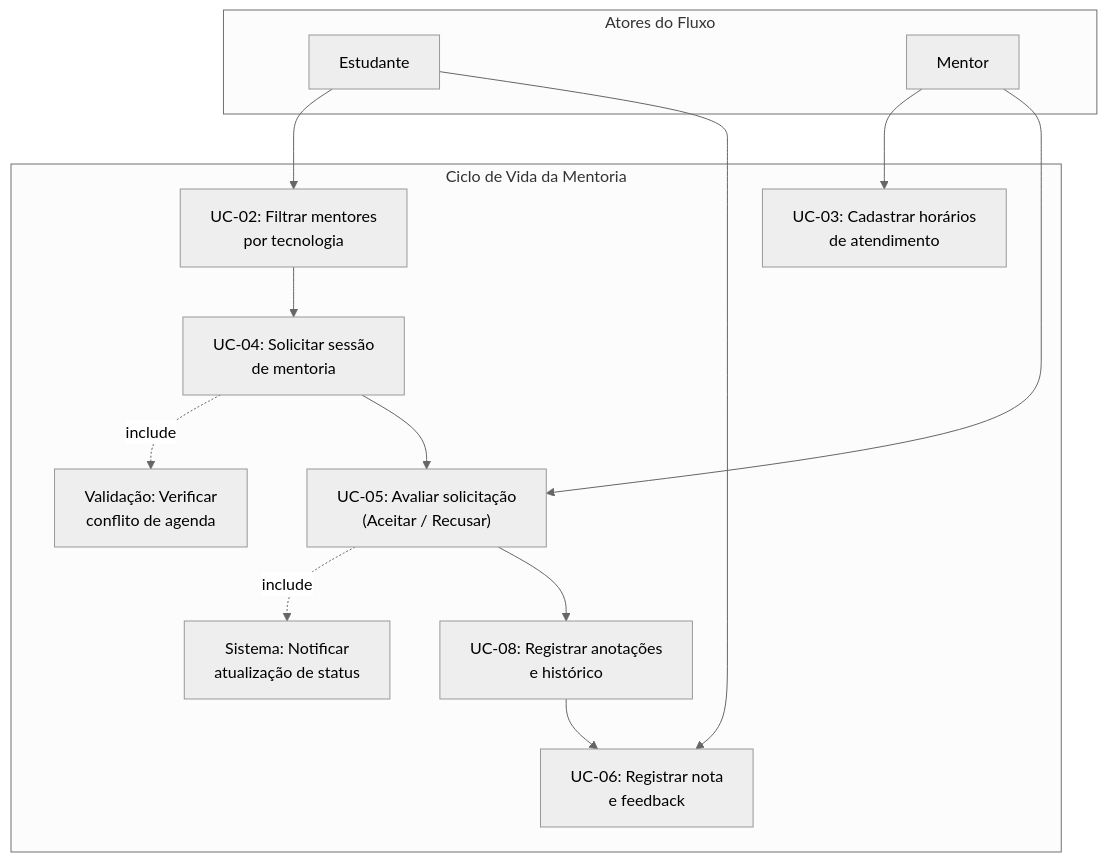
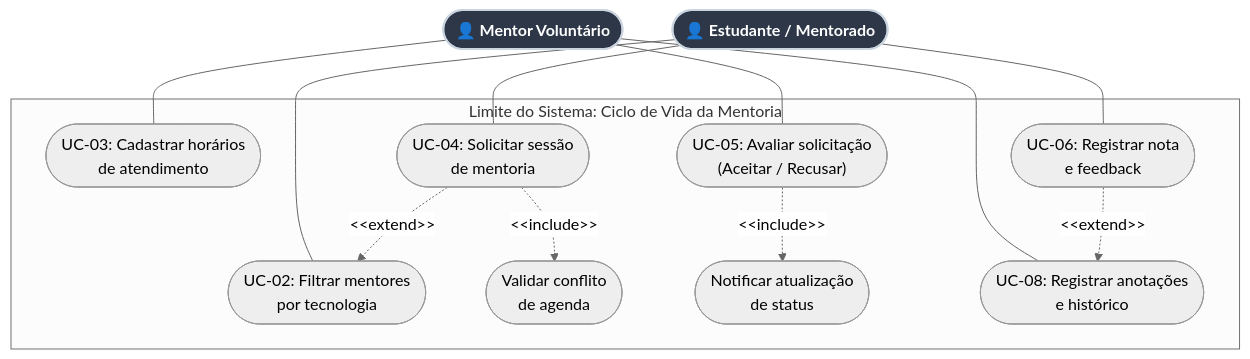
One commit to leorruas/puc changed the second of 2 diagrams in 06. Projeto - Aplicacao Interativa/00 – Projeto de fato.md. Above: the diagram before and after it, drawn with Mermaid (neutral theme). The commit also changed other lines of this file, not shown here.

Commit message:
docs(projeto): atualizar diagramas com representacao visual de atores e elipses uml

````diff
--- a/06. Projeto - Aplicacao Interativa/00 – Projeto de fato.md
+++ b/06. Projeto - Aplicacao Interativa/00 – Projeto de fato.md
@@ -196,29 +198,31 @@
 ```mermaid
 flowchart TD
-    subgraph AtoresMentoria["Atores do Fluxo"]
-        AtorAluno["Estudante"]
-        AtorMentor["Mentor"]
+    AtorAluno(["👤 Estudante / Mentorado"]):::actorStyle
+    AtorMentor(["👤 Mentor Voluntário"]):::actorStyle
+
+    subgraph SistemaMentoria["Limite do Sistema: Ciclo de Vida da Mentoria"]
+        UC_Filtrar(["UC-02: Filtrar mentores<br>por tecnologia"])
+        UC_Slots(["UC-03: Cadastrar horários<br>de atendimento"])
+        UC_Solicitar(["UC-04: Solicitar sessão<br>de mentoria"])
+        UC_ValidarSlot(["Validar conflito<br>de agenda"])
+        UC_Decidir(["UC-05: Avaliar solicitação<br>(Aceitar / Recusar)"])
+        UC_Notificar(["Notificar atualização<br>de status"])
+        UC_Avaliar(["UC-06: Registrar nota<br>e feedback"])
+        UC_Historico(["UC-08: Registrar anotações<br>e histórico"])
     end
 
-    subgraph CasosDeUsoMentoria["Ciclo de Vida da Mentoria"]
-        UC_Filtrar["UC-02: Filtrar mentores<br>por tecnologia"]
-        UC_Slots["UC-03: Cadastrar horários<br>de atendimento"]
-        UC_Solicitar["UC-04: Solicitar sessão<br>de mentoria"]
-        UC_ValidarSlot["Validação: Verificar<br>conflito de agenda"]
-        UC_Decidir["UC-05: Avaliar solicitação<br>(Aceitar / Recusar)"]
-        UC_Notificar["Sistema: Notificar<br>atualização de status"]
-        UC_Avaliar["UC-06: Registrar nota<br>e feedback"]
-        UC_Historico["UC-08: Registrar anotações<br>e histórico"]
-    end
+    AtorAluno --- UC_Filtrar
+    AtorAluno --- UC_Solicitar
+    AtorAluno --- UC_Avaliar
 
-    AtorMentor --> UC_Slots
-    AtorAluno --> UC_Filtrar
-    UC_Filtrar --> UC_Solicitar
-    UC_Solicitar -.->|include| UC_ValidarSlot
-    UC_Solicitar --> UC_Decidir
-    AtorMentor --> UC_Decidir
-    UC_Decidir -.->|include| UC_Notificar
-    UC_Decidir --> UC_Historico
-    UC_Historico --> UC_Avaliar
-    AtorAluno --> UC_Avaliar
+    AtorMentor --- UC_Slots
+    AtorMentor --- UC_Decidir
+    AtorMentor --- UC_Historico
+
+    UC_Solicitar -.->|&lt;&lt;include&gt;&gt;| UC_ValidarSlot
+    UC_Decidir -.->|&lt;&lt;include&gt;&gt;| UC_Notificar
+    UC_Solicitar -.->|&lt;&lt;extend&gt;&gt;| UC_Filtrar
+    UC_Avaliar -.->|&lt;&lt;extend&gt;&gt;| UC_Historico
+
+    classDef actorStyle fill:#2d3748,stroke:#cbd5e0,stroke-width:2px,color:#ffffff,font-weight:bold;
 ```
````
